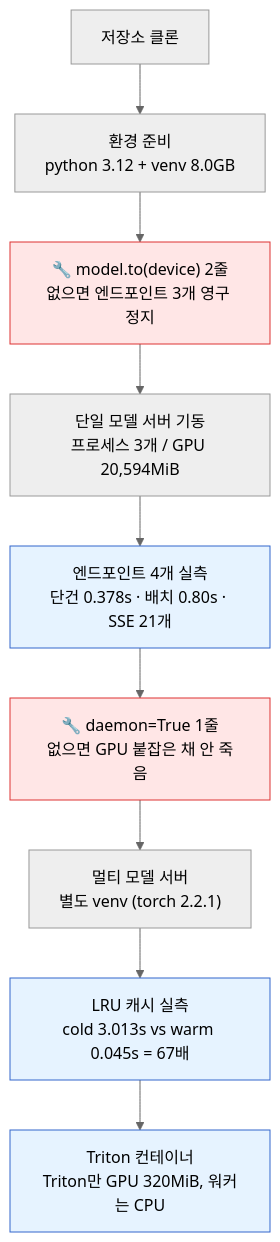
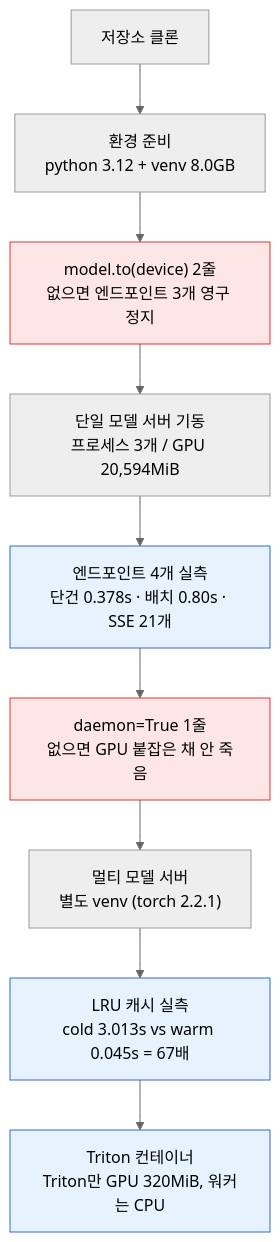
One commit to ddiiwoong/newblog changed the first of 7 diagrams in blog/2026-08-15-llm-serving-hands-on.md. Above: the diagram before and after it, drawn with Mermaid (neutral theme). The commit also changed other lines of this file, not shown here.

````diff
--- a/blog/2026-08-15-llm-serving-hands-on.md
+++ b/blog/2026-08-15-llm-serving-hands-on.md
@@ -136,17 +136,17 @@
 ```mermaid
 flowchart TD
     A["저장소 클론"] --> B["환경 준비<br/>python 3.12 + venv 8.0GB"]
-    B --> C["🔧 model.to(device) 2줄<br/>없으면 엔드포인트 3개 영구 정지"]
+    B --> C["model.to(device) 2줄<br/>없으면 엔드포인트 3개 영구 정지"]
     C --> D["단일 모델 서버 기동<br/>프로세스 3개 / GPU 20,594MiB"]
     D --> E["엔드포인트 4개 실측<br/>단건 0.378s · 배치 0.80s · SSE 21개"]
-    E --> F["🔧 daemon=True 1줄<br/>없으면 GPU 붙잡은 채 안 죽음"]
+    E --> F["daemon=True 1줄<br/>없으면 GPU 붙잡은 채 안 죽음"]
     F --> G["멀티 모델 서버<br/>별도 venv (torch 2.2.1)"]
     G --> H["LRU 캐시 실측<br/>cold 3.013s vs warm 0.045s = 67배"]
     H --> I["Triton 컨테이너<br/>Triton만 GPU 320MiB, 워커는 CPU"]
 
     style C fill:#ffe6e6,stroke:#d33
     style F fill:#ffe6e6,stroke:#d33
     style E fill:#e6f3ff,stroke:#36c
     style H fill:#e6f3ff,stroke:#36c
     style I fill:#e6f3ff,stroke:#36c
 ```
````
